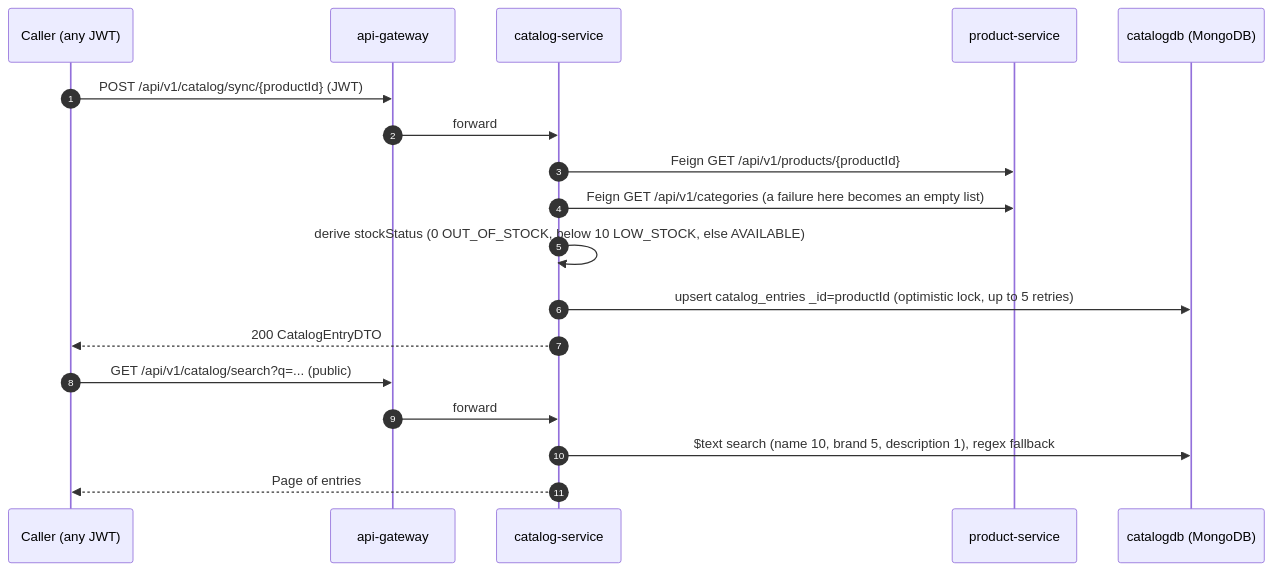
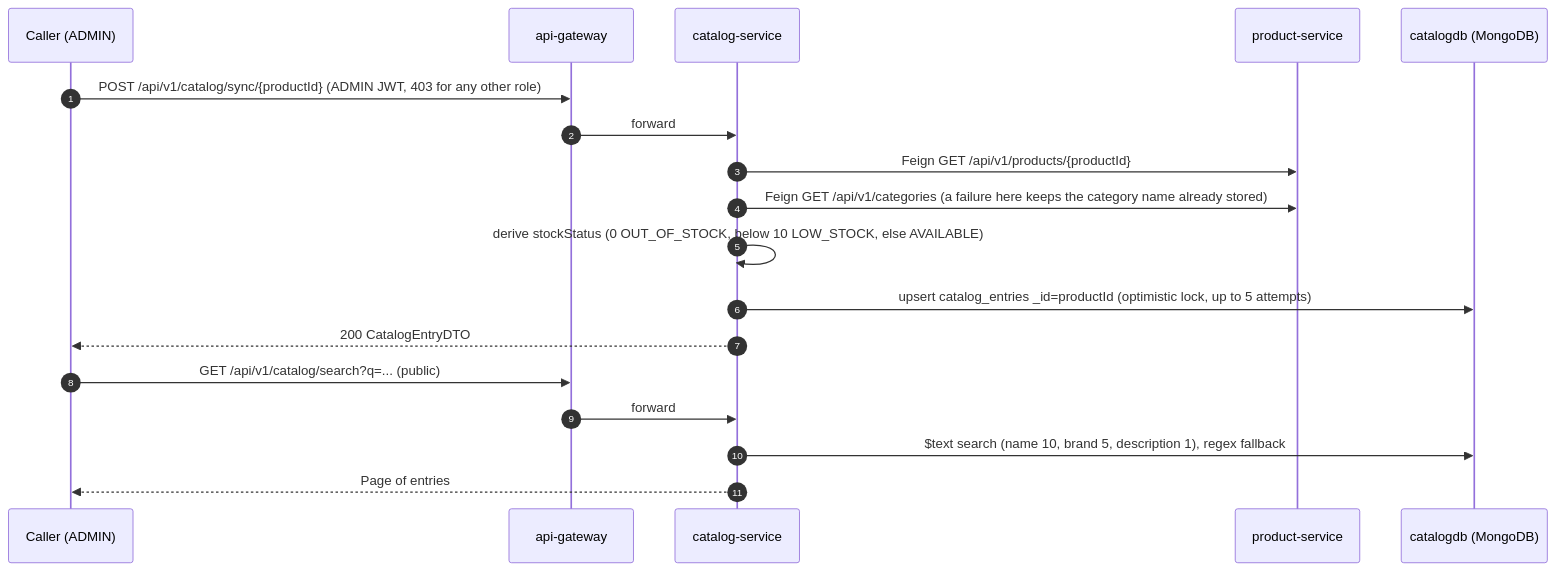
One commit to bmcnpnr/ecommerce-platform changed the third of 11 diagrams in docs/flows.md. Above: the diagram before and after it, drawn with Mermaid. The commit also changed other lines of this file and 58 other files, not shown here.

````diff
--- a/docs/flows.md
+++ b/docs/flows.md
@@ -81,20 +83,20 @@
 ```mermaid
 sequenceDiagram
     autonumber
-    participant C as Caller (any JWT)
+    participant C as Caller (ADMIN)
     participant G as api-gateway
     participant CS as catalog-service
     participant P as product-service
     participant M as catalogdb (MongoDB)
-    C->>G: POST /api/v1/catalog/sync/{productId} (JWT)
+    C->>G: POST /api/v1/catalog/sync/{productId} (ADMIN JWT, 403 for any other role)
     G->>CS: forward
     CS->>P: Feign GET /api/v1/products/{productId}
-    CS->>P: Feign GET /api/v1/categories (a failure here becomes an empty list)
+    CS->>P: Feign GET /api/v1/categories (a failure here keeps the category name already stored)
     CS->>CS: derive stockStatus (0 OUT_OF_STOCK, below 10 LOW_STOCK, else AVAILABLE)
-    CS->>M: upsert catalog_entries _id=productId (optimistic lock, up to 5 retries)
+    CS->>M: upsert catalog_entries _id=productId (optimistic lock, up to 5 attempts)
     CS-->>C: 200 CatalogEntryDTO
     C->>G: GET /api/v1/catalog/search?q=... (public)
     G->>CS: forward
     CS->>M: $text search (name 10, brand 5, description 1), regex fallback
     CS-->>C: Page of entries
 ```
````
